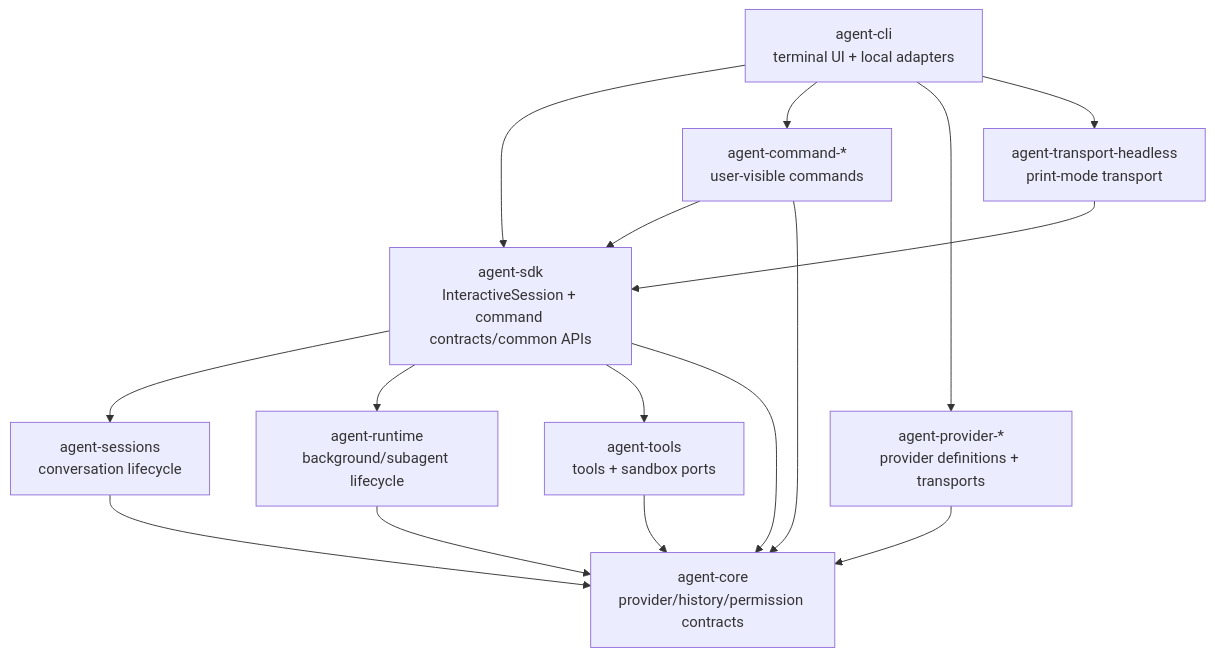
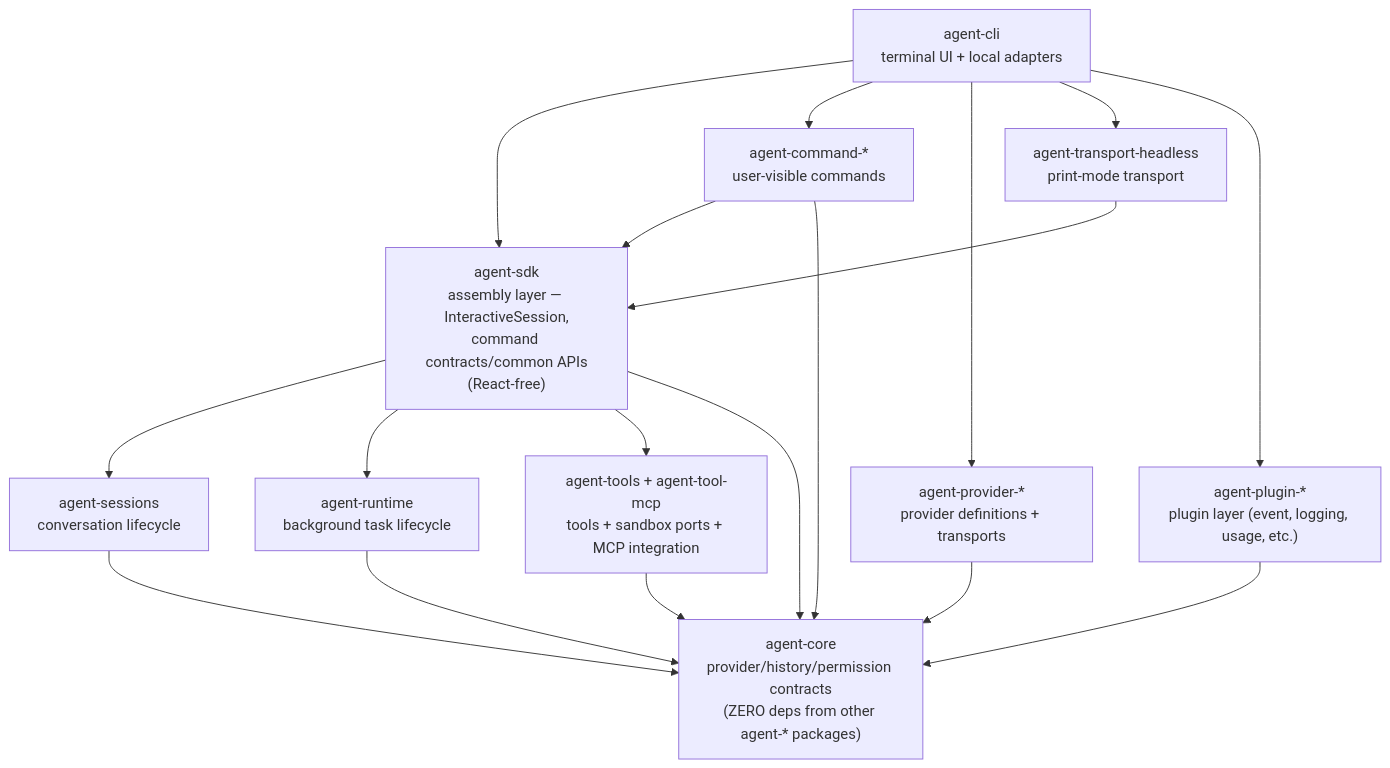
The first of 2 diagrams in .agents/specs/architecture-map/agent-system.md (woojubb/robota), drawn with Mermaid before and after one commit. The commit also changed other lines of this file and 65 other files, not shown here.

````diff
--- a/.agents/specs/architecture-map/agent-system.md
+++ b/.agents/specs/architecture-map/agent-system.md
@@ -13,28 +13,31 @@
 ```mermaid
 flowchart TD
   AgentCLI["agent-cli\nterminal UI + local adapters"]
   Headless["agent-transport-headless\nprint-mode transport"]
   Commands["agent-command-*\nuser-visible commands"]
-  SDK["agent-sdk\nInteractiveSession + command contracts/common APIs"]
+  SDK["agent-sdk\nassembly layer — InteractiveSession,\ncommand contracts/common APIs\n(React-free)"]
   Sessions["agent-sessions\nconversation lifecycle"]
-  Runtime["agent-runtime\nbackground/subagent lifecycle"]
-  Tools["agent-tools\ntools + sandbox ports"]
-  Core["agent-core\nprovider/history/permission contracts"]
+  Runtime["agent-runtime\nbackground task lifecycle"]
+  Tools["agent-tools + agent-tool-mcp\ntools + sandbox ports + MCP integration"]
+  Core["agent-core\nprovider/history/permission contracts\n(ZERO deps from other agent-* packages)"]
   Providers["agent-provider-*\nprovider definitions + transports"]
+  Plugins["agent-plugin-*\nplugin layer (event, logging, usage, etc.)"]
 
   AgentCLI --> SDK
   AgentCLI --> Commands
   AgentCLI --> Providers
   AgentCLI --> Headless
+  AgentCLI --> Plugins
   Headless --> SDK
   Commands --> SDK
   Commands --> Core
   SDK --> Sessions
   SDK --> Runtime
   SDK --> Tools
   SDK --> Core
   Providers --> Core
   Sessions --> Core
   Runtime --> Core
   Tools --> Core
+  Plugins --> Core
 ```
````
